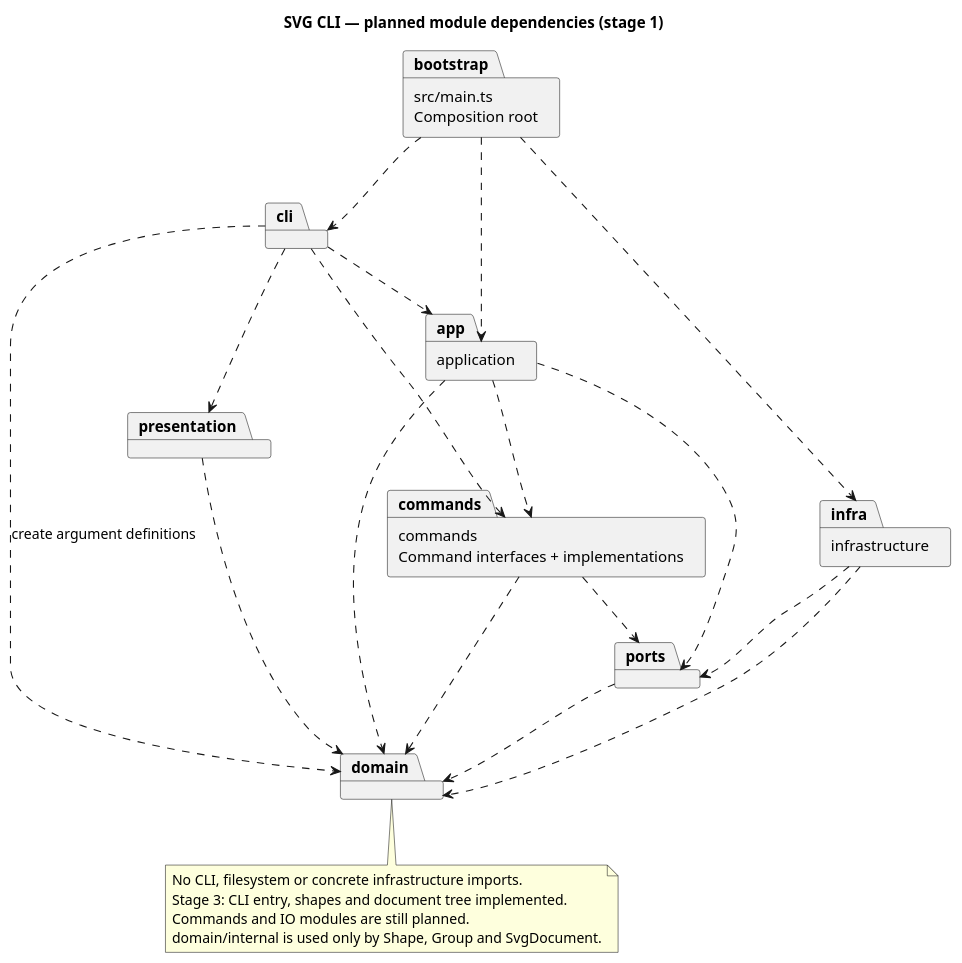
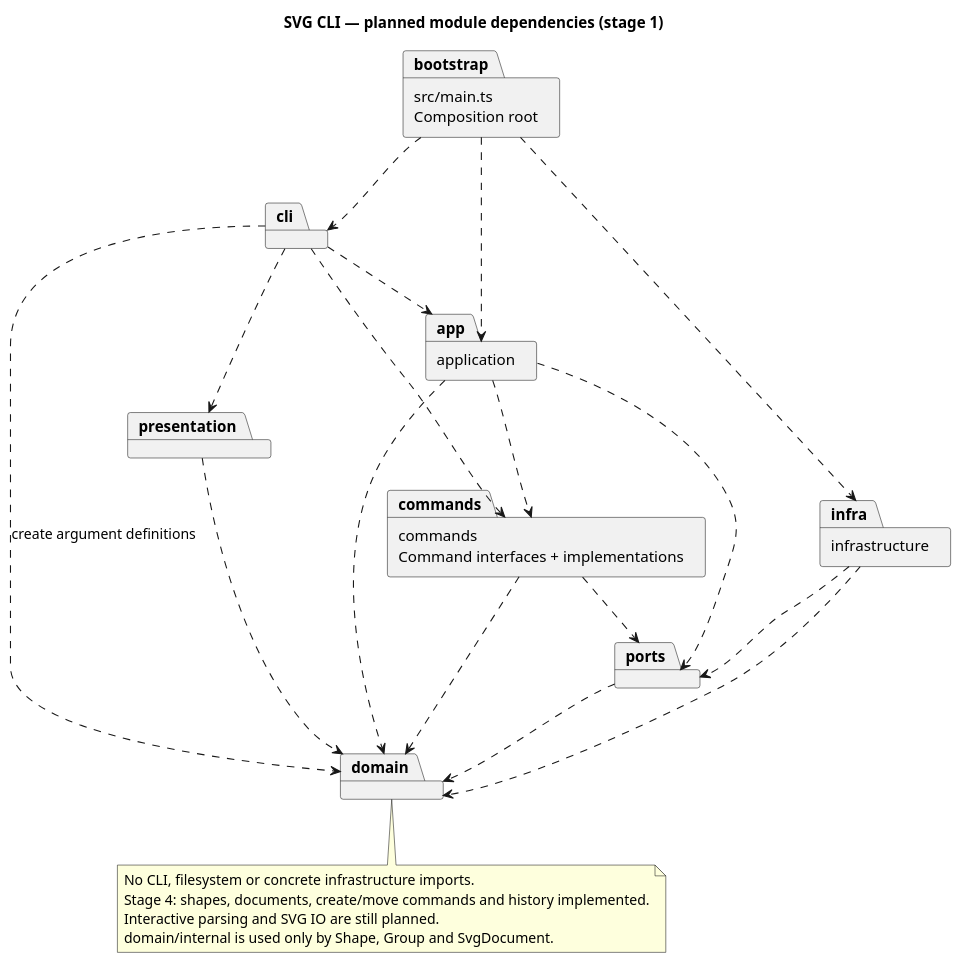
One commit to Liusizhuozhuo/svg-editor-lab1 changed the diagram in doc/architecture.puml. Above: the diagram before and after it, drawn with PlantUML. The commit also changed 26 other files, not shown here.

```diff
--- a/doc/architecture.puml
+++ b/doc/architecture.puml
@@ -1,35 +1,35 @@
 @startuml
 title SVG CLI — planned module dependencies (stage 1)
 skinparam componentStyle rectangle
 package "src/main.ts\nComposition root" as bootstrap
 package "cli" as cli
 package "application" as app
 package "commands\nCommand interfaces + implementations" as commands
 package "domain" as domain
 package "ports" as ports
 package "infrastructure" as infra
 package "presentation" as presentation
 
 bootstrap ..> cli
 bootstrap ..> app
 bootstrap ..> infra
 cli ..> app
 cli ..> commands
 cli ..> presentation
 cli ..> domain : create argument definitions
 app ..> commands
 app ..> domain
 app ..> ports
 commands ..> domain
 commands ..> ports
 presentation ..> domain
 infra ..> ports
 infra ..> domain
 ports ..> domain
 note bottom of domain
 No CLI, filesystem or concrete infrastructure imports.
-Stage 3: CLI entry, shapes and document tree implemented.
-Commands and IO modules are still planned.
+Stage 4: shapes, documents, create/move commands and history implemented.
+Interactive parsing and SVG IO are still planned.
 domain/internal is used only by Shape, Group and SvgDocument.
 end note
 @enduml
```
